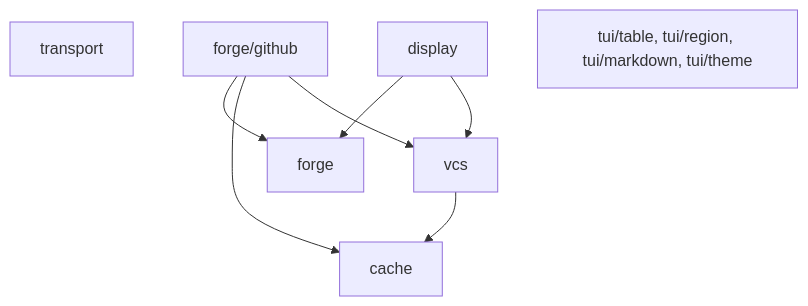
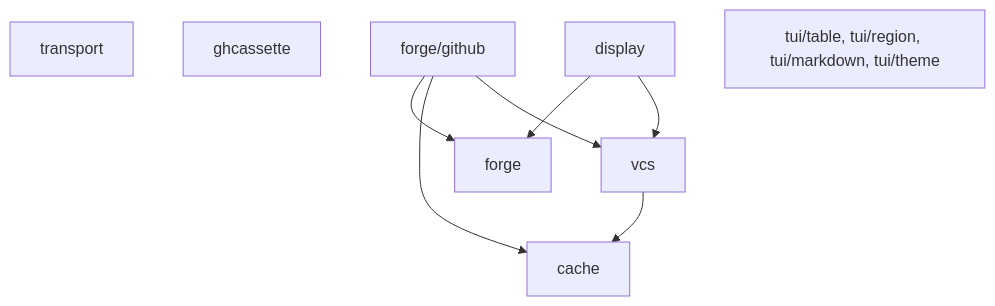
One commit to KyleKing/aragonite changed the diagram in DESIGN.md. Above: the diagram before and after it, drawn with Mermaid. The commit also changed other lines of this file and 7 other files, not shown here.

````diff
--- a/DESIGN.md
+++ b/DESIGN.md
@@ -22,14 +22,15 @@
 ```mermaid
 flowchart TD
     cache["cache"]
     transport["transport"]
+    ghcassette["ghcassette"]
     vcs["vcs"]
     forge["forge"]
     github["forge/github"]
     display["display"]
     tui["tui/table, tui/region, tui/markdown, tui/theme"]
 
     vcs --> cache
     github --> forge & cache & vcs
     display --> forge & vcs
 ```
````
